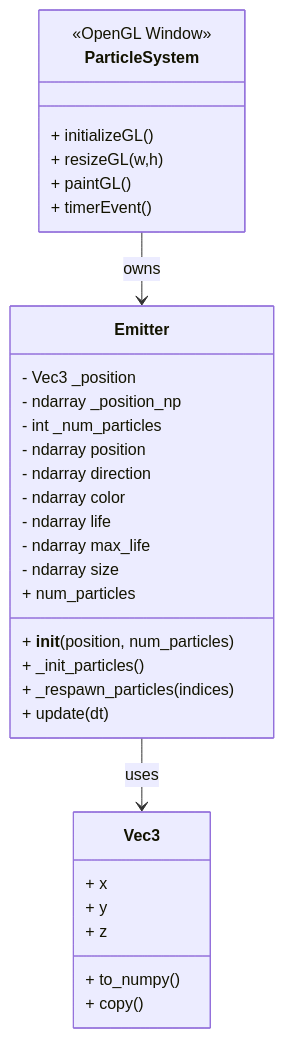
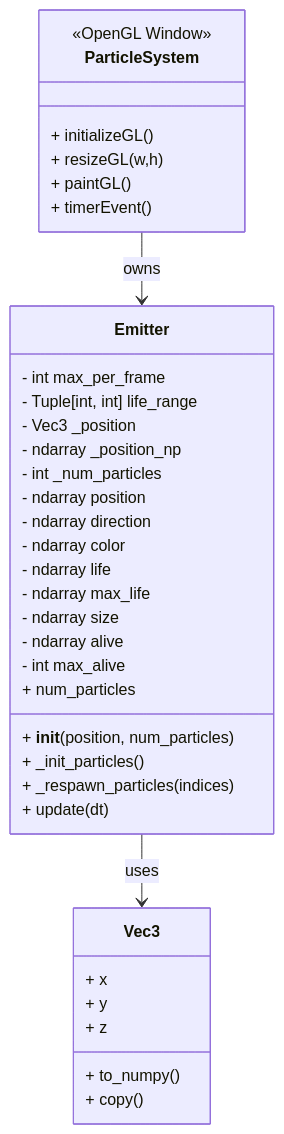
Before and after one commit to fhidargue/particles-numpy-demo: the diagram in README.md, drawn with Mermaid. The commit also changed other lines of this file, not shown here.

````diff
--- a/README.md
+++ b/README.md
@@ -14,38 +14,42 @@
 ```mermaid
 classDiagram
     class Emitter {
+        - int max_per_frame
+        - Tuple[int, int] life_range
         - Vec3 _position
         - ndarray _position_np
         - int _num_particles
         - ndarray position
         - ndarray direction
         - ndarray color
         - ndarray life
         - ndarray max_life
         - ndarray size
+        - ndarray alive
+        - int max_alive
         + __init__(position, num_particles)
         + _init_particles()
         + _respawn_particles(indices)
         + update(dt)
         + num_particles
     }
 
     class ParticleSystem {
         <<OpenGL Window>>
         + initializeGL()
         + resizeGL(w,h)
         + paintGL()
         + timerEvent()
     }
 
     class Vec3 {
         + x
         + y
         + z
         + to_numpy()
         + copy()
     }
 
     ParticleSystem --> Emitter : owns
     Emitter --> Vec3 : uses
 ```
````
